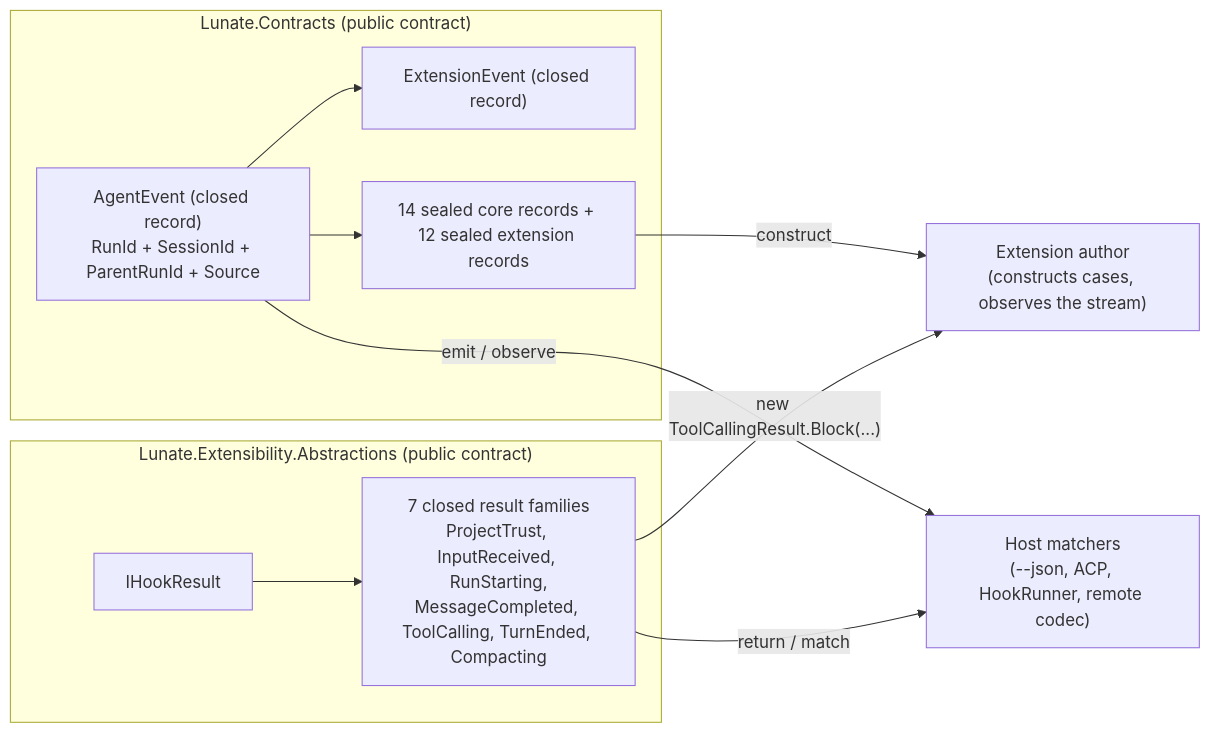
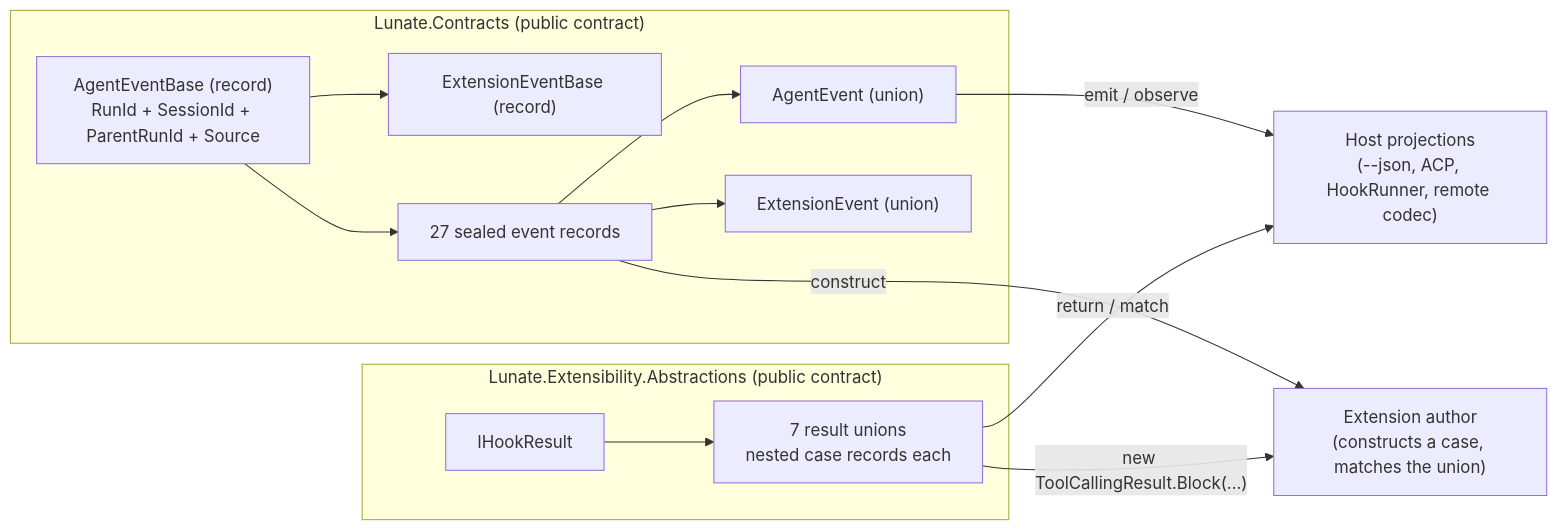
The diagram in openspec/changes/contract-closed-sets/design.md (lunate-agent/lunate), drawn with Mermaid before and after one commit. The commit also changed other lines of this file and 20 other files, not shown here.

First line of the commit message:
test(contract): cover the unions in the hook wire and the JSON inventory

````diff
--- a/openspec/changes/contract-closed-sets/design.md
+++ b/openspec/changes/contract-closed-sets/design.md
@@ -109,21 +86,25 @@
 ```mermaid
 flowchart LR
     subgraph Contracts["Lunate.Contracts (public contract)"]
-        Ev["AgentEvent (closed record)<br/>RunId + SessionId + ParentRunId + Source"]
-        Ext["ExtensionEvent (closed record)"]
-        Cases["14 sealed core records + 12 sealed extension records"]
-        Ev --> Ext
-        Ev --> Cases
+        Base["AgentEventBase (record)<br/>RunId + SessionId + ParentRunId + Source"]
+        ExtBase["ExtensionEventBase (record)"]
+        Cases["27 sealed event records"]
+        Ev["AgentEvent (union)"]
+        Ext["ExtensionEvent (union)"]
+        Base --> Cases
+        Base --> ExtBase
+        Cases --> Ev
+        Cases --> Ext
     end
     subgraph Abstractions["Lunate.Extensibility.Abstractions (public contract)"]
         Marker["IHookResult"]
-        Families["7 closed result families<br/>ProjectTrust, InputReceived, RunStarting,<br/>MessageCompleted, ToolCalling, TurnEnded, Compacting"]
+        Families["7 result unions<br/>nested case records each"]
         Marker --> Families
     end
-    Host["Host matchers<br/>(--json, ACP, HookRunner, remote codec)"]
-    Author["Extension author<br/>(constructs cases, observes the stream)"]
+    Host["Host projections<br/>(--json, ACP, HookRunner, remote codec)"]
+    Author["Extension author<br/>(constructs a case, matches the union)"]
     Ev -->|"emit / observe"| Host
     Families -->|"return / match"| Host
     Cases -->|"construct"| Author
     Families -->|"new ToolCallingResult.Block(...)"| Author
 ```
````
